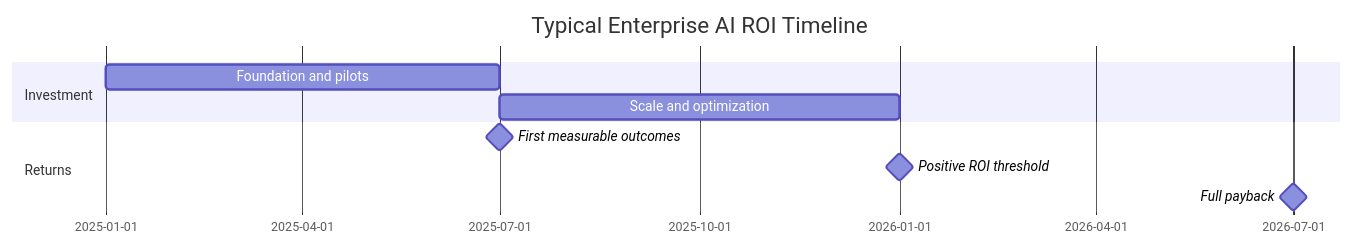
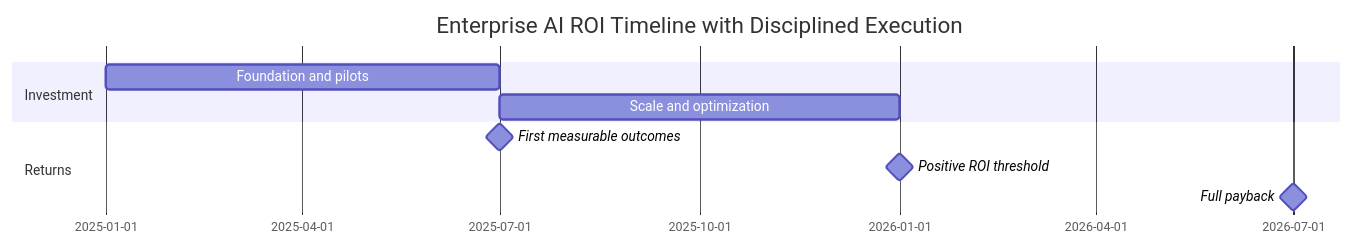
The diagram in content/measurement/financial-linkage.md (sunilp/enterprise-ai), drawn with Mermaid before and after one commit. The commit also changed other lines of this file and 40 other files, not shown here.

````diff
--- a/content/measurement/financial-linkage.md
+++ b/content/measurement/financial-linkage.md
@@ -130,12 +130,12 @@
 ```mermaid
 gantt
-    title Typical Enterprise AI ROI Timeline
+    title Enterprise AI ROI Timeline with Disciplined Execution
     dateFormat  YYYY-MM
     section Investment
     Foundation and pilots         :2025-01, 6M
     Scale and optimization        :2025-07, 6M
     section Returns
     First measurable outcomes     :milestone, 2025-07, 0d
     Positive ROI threshold        :milestone, 2026-01, 0d
     Full payback                  :milestone, 2026-07, 0d
 ```
````
